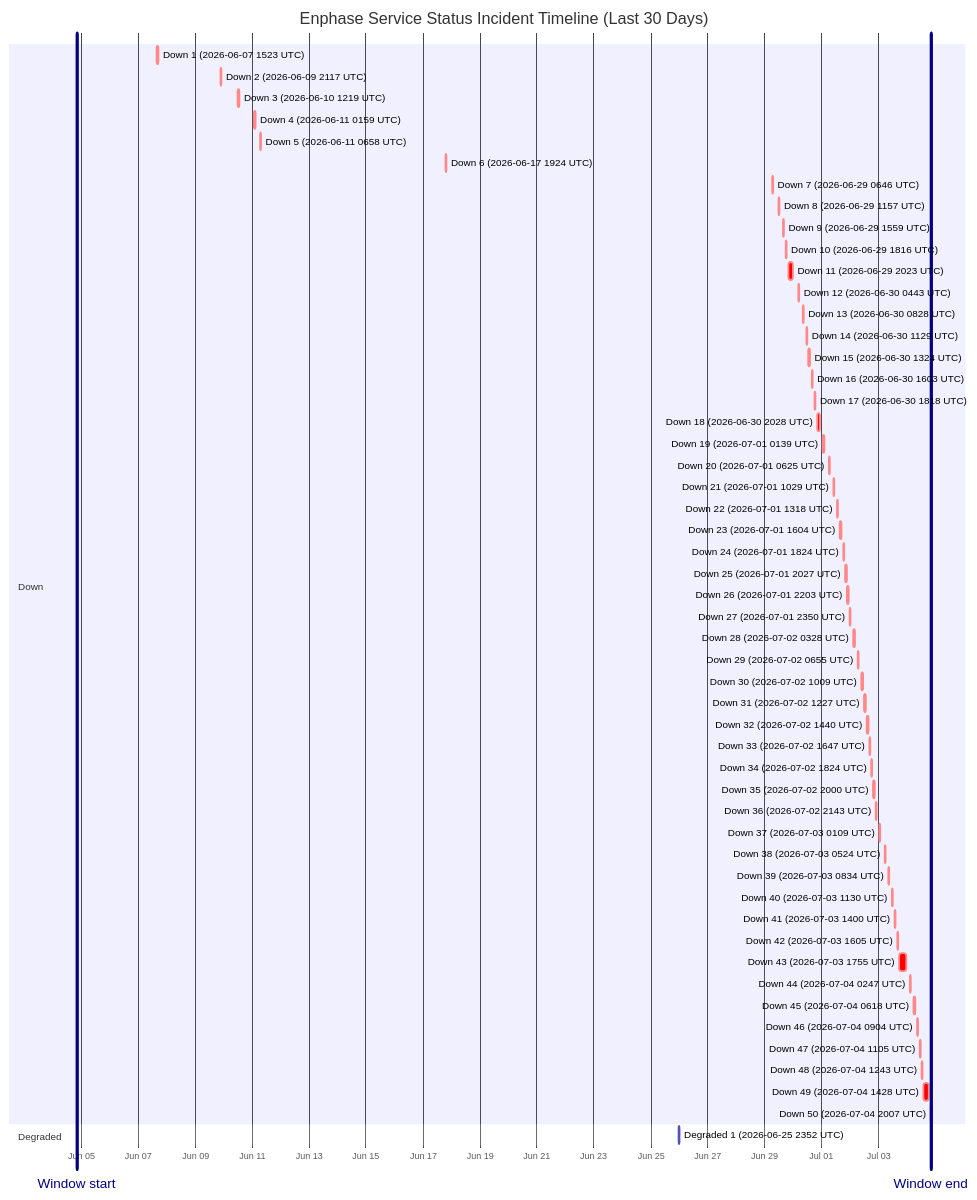
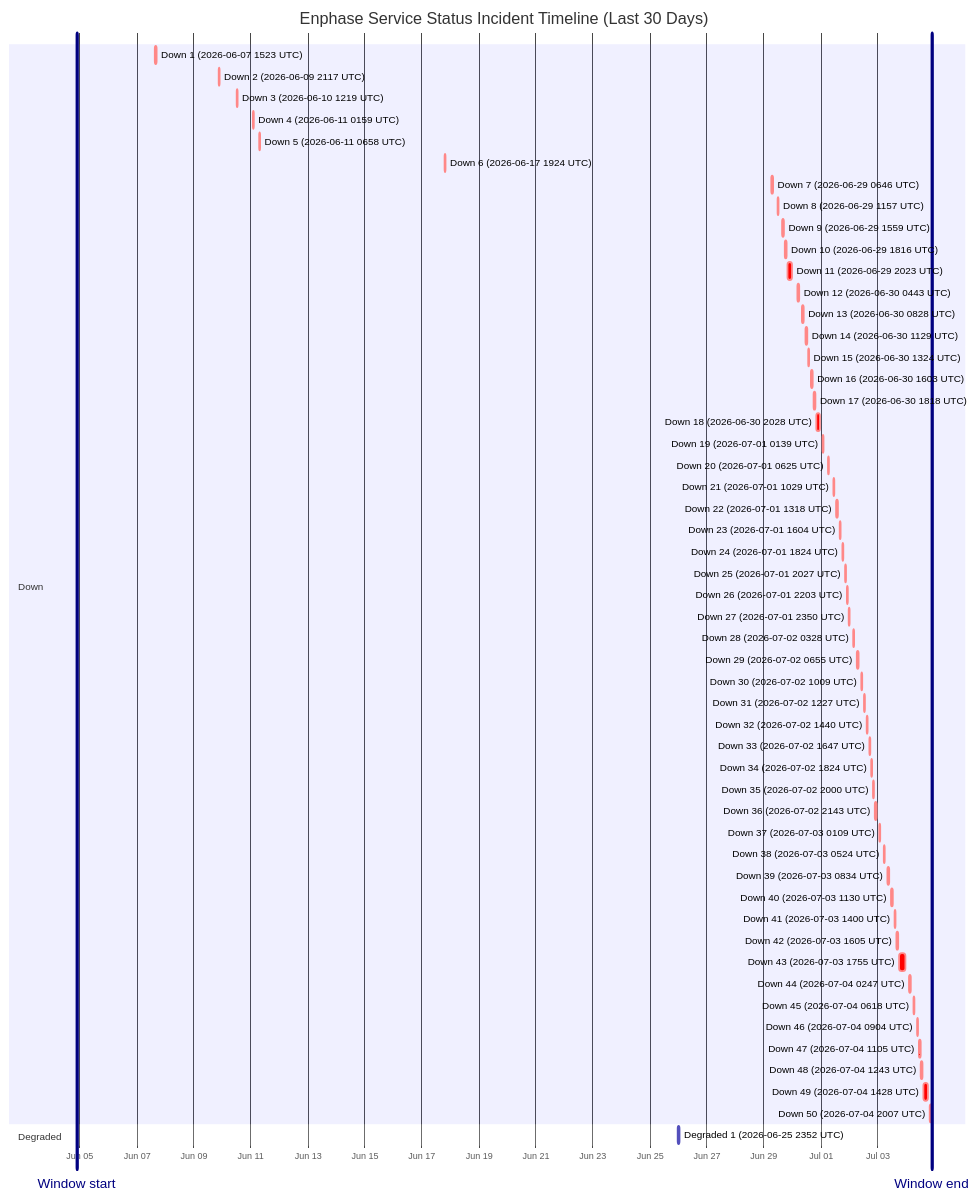
Before and after one commit to barneyonline/ha-enphase-energy: the diagram in wiki/Service-Status-History.md, drawn with Mermaid. The commit also changed other lines of this file and 3 other files, not shown here.

````diff
--- a/wiki/Service-Status-History.md
+++ b/wiki/Service-Status-History.md
@@ -14,61 +14,61 @@
 ```mermaid
 gantt
     title Enphase Service Status Incident Timeline (Last 30 Days)
     dateFormat  YYYY-MM-DDTHH:mm:ss
     axisFormat  %b %d
-    Window start :vert, window-start, 2026-06-04T20:07:50, 0ms
-    Window end :vert, window-end, 2026-07-04T20:07:50, 0ms
+    Window start :vert, window-start, 2026-06-04T21:27:16, 0ms
+    Window end :vert, window-end, 2026-07-04T21:27:16, 0ms
     section Down
     Down 1 (2026-06-07 1523 UTC) :crit, down-1, 2026-06-07T15:23:22, 87m
     Down 2 (2026-06-09 2117 UTC) :crit, down-2, 2026-06-09T21:17:17, 60m
     Down 3 (2026-06-10 1219 UTC) :crit, down-3, 2026-06-10T12:19:21, 60m
     Down 4 (2026-06-11 0159 UTC) :crit, down-4, 2026-06-11T01:59:36, 60m
     Down 5 (2026-06-11 0658 UTC) :crit, down-5, 2026-06-11T06:58:45, 60m
     Down 6 (2026-06-17 1924 UTC) :crit, down-6, 2026-06-17T19:24:51, 60m
     Down 7 (2026-06-29 0646 UTC) :crit, down-7, 2026-06-29T06:46:18, 60m
     Down 8 (2026-06-29 1157 UTC) :crit, down-8, 2026-06-29T11:57:36, 60m
     Down 9 (2026-06-29 1559 UTC) :crit, down-9, 2026-06-29T15:59:02, 60m
     Down 10 (2026-06-29 1816 UTC) :crit, down-10, 2026-06-29T18:16:38, 60m
     Down 11 (2026-06-29 2023 UTC) :crit, down-11, 2026-06-29T20:23:16, 220m
     Down 12 (2026-06-30 0443 UTC) :crit, down-12, 2026-06-30T04:43:54, 60m
     Down 13 (2026-06-30 0828 UTC) :crit, down-13, 2026-06-30T08:28:43, 60m
     Down 14 (2026-06-30 1129 UTC) :crit, down-14, 2026-06-30T11:29:15, 60m
     Down 15 (2026-06-30 1324 UTC) :crit, down-15, 2026-06-30T13:24:25, 60m
     Down 16 (2026-06-30 1603 UTC) :crit, down-16, 2026-06-30T16:03:26, 60m
     Down 17 (2026-06-30 1818 UTC) :crit, down-17, 2026-06-30T18:18:39, 60m
     Down 18 (2026-06-30 2028 UTC) :crit, down-18, 2026-06-30T20:28:54, 171m
     Down 19 (2026-07-01 0139 UTC) :crit, down-19, 2026-07-01T01:39:18, 60m
     Down 20 (2026-07-01 0625 UTC) :crit, down-20, 2026-07-01T06:25:35, 60m
     Down 21 (2026-07-01 1029 UTC) :crit, down-21, 2026-07-01T10:29:24, 60m
     Down 22 (2026-07-01 1318 UTC) :crit, down-22, 2026-07-01T13:18:31, 60m
     Down 23 (2026-07-01 1604 UTC) :crit, down-23, 2026-07-01T16:04:29, 60m
     Down 24 (2026-07-01 1824 UTC) :crit, down-24, 2026-07-01T18:24:21, 60m
     Down 25 (2026-07-01 2027 UTC) :crit, down-25, 2026-07-01T20:27:17, 60m
     Down 26 (2026-07-01 2203 UTC) :crit, down-26, 2026-07-01T22:03:46, 60m
     Down 27 (2026-07-01 2350 UTC) :crit, down-27, 2026-07-01T23:50:52, 60m
     Down 28 (2026-07-02 0328 UTC) :crit, down-28, 2026-07-02T03:28:33, 60m
     Down 29 (2026-07-02 0655 UTC) :crit, down-29, 2026-07-02T06:55:07, 60m
     Down 30 (2026-07-02 1009 UTC) :crit, down-30, 2026-07-02T10:09:15, 60m
     Down 31 (2026-07-02 1227 UTC) :crit, down-31, 2026-07-02T12:27:49, 60m
     Down 32 (2026-07-02 1440 UTC) :crit, down-32, 2026-07-02T14:40:53, 60m
     Down 33 (2026-07-02 1647 UTC) :crit, down-33, 2026-07-02T16:47:47, 60m
     Down 34 (2026-07-02 1824 UTC) :crit, down-34, 2026-07-02T18:24:26, 60m
     Down 35 (2026-07-02 2000 UTC) :crit, down-35, 2026-07-02T20:00:57, 60m
     Down 36 (2026-07-02 2143 UTC) :crit, down-36, 2026-07-02T21:43:52, 80m
     Down 37 (2026-07-03 0109 UTC) :crit, down-37, 2026-07-03T01:09:19, 60m
     Down 38 (2026-07-03 0524 UTC) :crit, down-38, 2026-07-03T05:24:23, 60m
     Down 39 (2026-07-03 0834 UTC) :crit, down-39, 2026-07-03T08:34:05, 60m
     Down 40 (2026-07-03 1130 UTC) :crit, down-40, 2026-07-03T11:30:41, 60m
     Down 41 (2026-07-03 1400 UTC) :crit, down-41, 2026-07-03T14:00:48, 60m
     Down 42 (2026-07-03 1605 UTC) :crit, down-42, 2026-07-03T16:05:49, 60m
     Down 43 (2026-07-03 1755 UTC) :crit, down-43, 2026-07-03T17:55:54, 338m
     Down 44 (2026-07-04 0247 UTC) :crit, down-44, 2026-07-04T02:47:22, 60m
     Down 45 (2026-07-04 0618 UTC) :crit, down-45, 2026-07-04T06:18:09, 60m
     Down 46 (2026-07-04 0904 UTC) :crit, down-46, 2026-07-04T09:04:41, 60m
     Down 47 (2026-07-04 1105 UTC) :crit, down-47, 2026-07-04T11:05:21, 60m
     Down 48 (2026-07-04 1243 UTC) :crit, down-48, 2026-07-04T12:43:25, 60m
     Down 49 (2026-07-04 1428 UTC) :crit, down-49, 2026-07-04T14:28:07, 243m
-    Down 50 (2026-07-04 2007 UTC) :crit, down-50, 2026-07-04T20:07:50, 60m
+    Down 50 (2026-07-04 2007 UTC) :crit, down-50, 2026-07-04T20:07:50, 79m
     section Degraded
     Degraded 1 (2026-06-25 2352 UTC) :active, degraded-1, 2026-06-25T23:52:01, 60m
 ```
````
